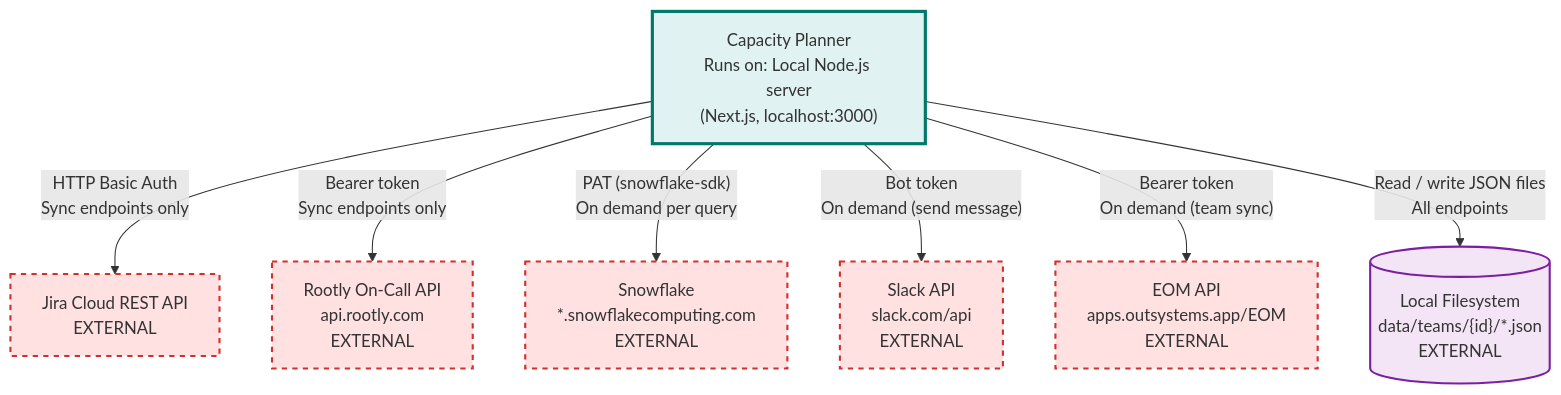
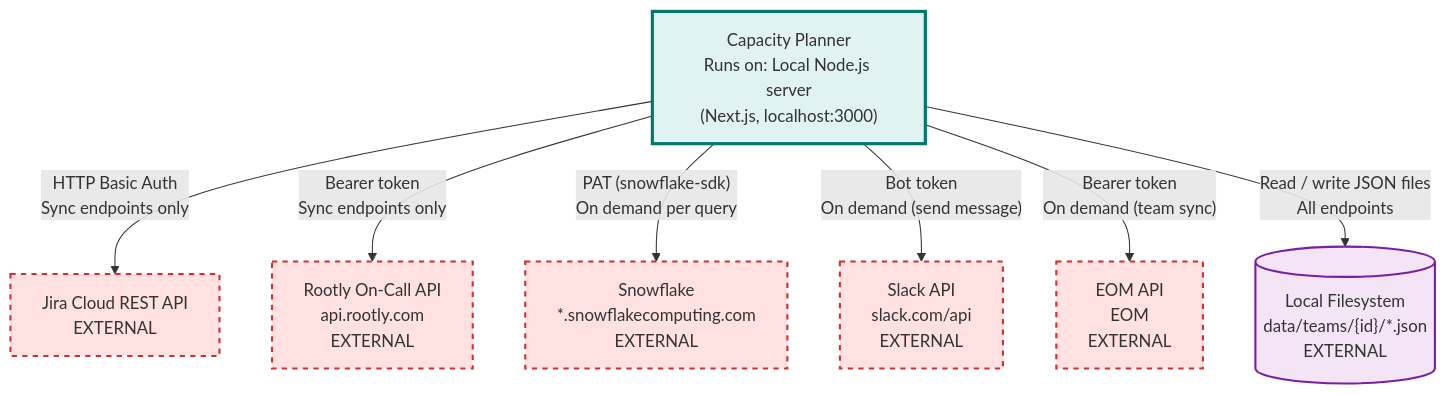
Before and after one commit to ritatinoco/manager-notebook: the diagram in ARCHITECTURE.md, drawn with Mermaid. The commit also changed other lines of this file and 3 other files, not shown here.

````diff
--- a/ARCHITECTURE.md
+++ b/ARCHITECTURE.md
@@ -16,26 +16,26 @@
 ```mermaid
 graph TB
     App["Capacity Planner<br/>Runs on: Local Node.js server<br/>(Next.js, localhost:3000)"]
 
     Jira["Jira Cloud REST API<br/>EXTERNAL"]
     Rootly["Rootly On-Call API<br/>api.rootly.com<br/>EXTERNAL"]
     Snowflake["Snowflake<br/>*.snowflakecomputing.com<br/>EXTERNAL"]
     Slack["Slack API<br/>slack.com/api<br/>EXTERNAL"]
-    EOM["EOM API<br/>apps.outsystems.app/EOM<br/>EXTERNAL"]
+    EOM["EOM API<br/>EOM<br/>EXTERNAL"]
     FS[("Local Filesystem<br/>data/teams/{id}/*.json<br/>EXTERNAL")]
 
     App -->|"HTTP Basic Auth<br/>Sync endpoints only"| Jira
     App -->|"Bearer token<br/>Sync endpoints only"| Rootly
     App -->|"PAT (snowflake-sdk)<br/>On demand per query"| Snowflake
     App -->|"Bot token<br/>On demand (send message)"| Slack
     App -->|"Bearer token<br/>On demand (team sync)"| EOM
     App -->|"Read / write JSON files<br/>All endpoints"| FS
 
     classDef thisRepo fill:#e0f2f1,stroke:#00796b,stroke-width:3px
     classDef external fill:#ffe1e1,stroke:#d32f2f,stroke-width:2px,stroke-dasharray: 5 5
     classDef database fill:#f3e5f5,stroke:#7b1fa2,stroke-width:2px
 
     class App thisRepo
     class Jira,Rootly,Snowflake,Slack,EOM external
     class FS database
 ```
````
